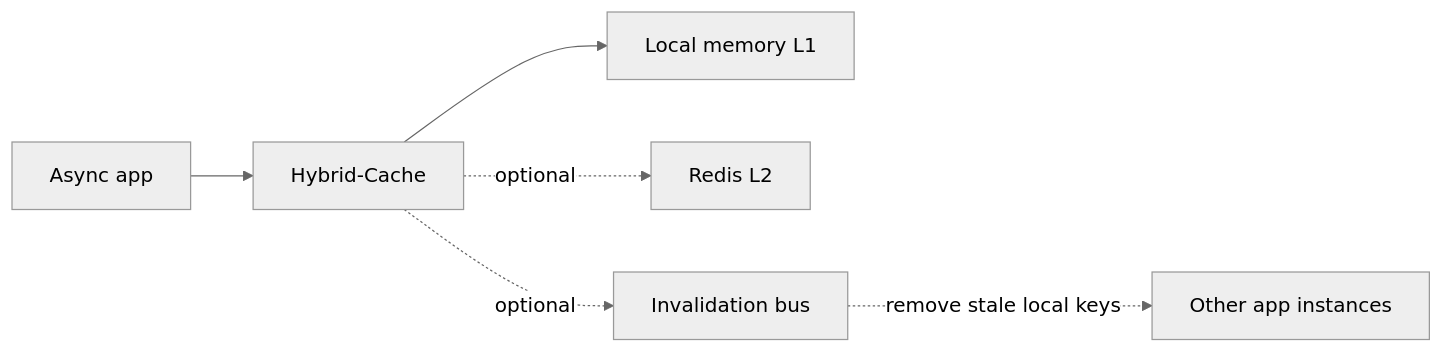
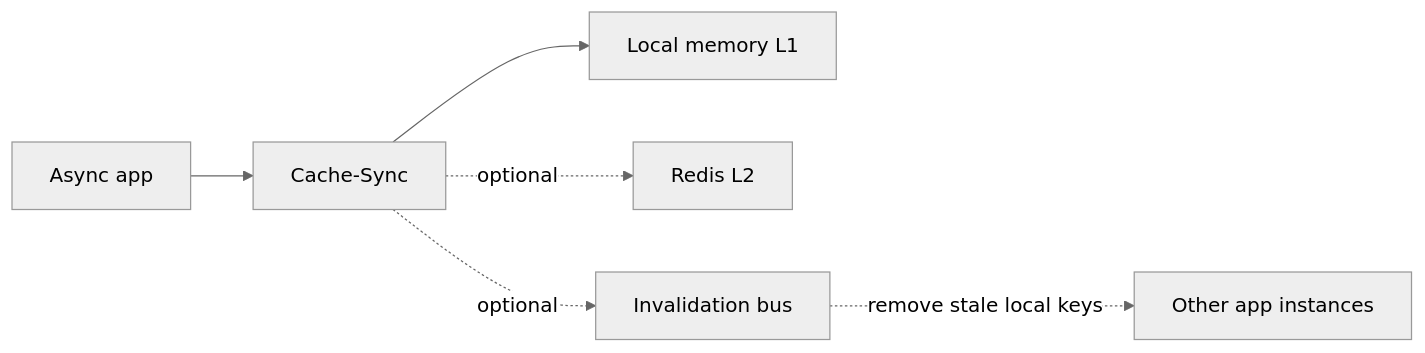
Before and after one commit to petercinibulk/cache-sync: the diagram in docs/index.md, drawn with Mermaid (neutral theme). The commit also changed other lines of this file and 53 other files, not shown here.

````diff
--- a/docs/index.md
+++ b/docs/index.md
@@ -5,8 +5,8 @@
 ```mermaid
 flowchart LR
-    App["Async app"] --> Cache["Hybrid-Cache"]
+    App["Async app"] --> Cache["Cache-Sync"]
     Cache --> L1["Local memory L1"]
     Cache -. optional .-> L2["Redis L2"]
     Cache -. optional .-> Bus["Invalidation bus"]
     Bus -. remove stale local keys .-> Peers["Other app instances"]
 ```
````
